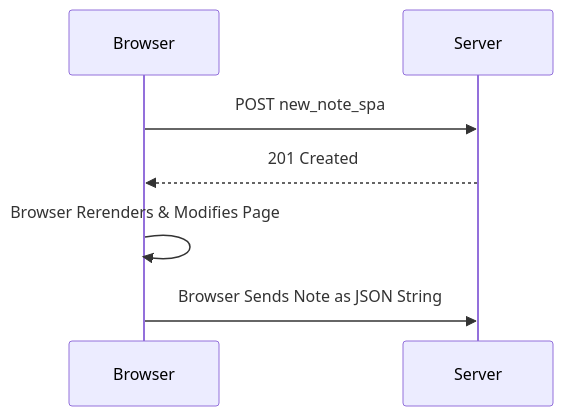
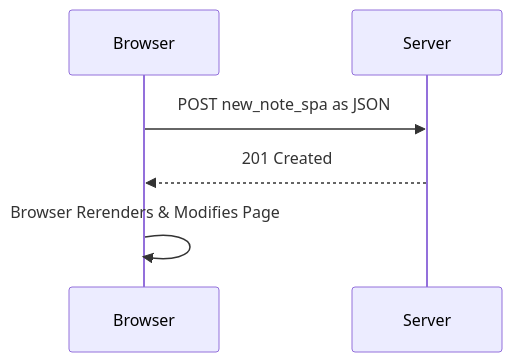
One commit to funkiv/FullStackOpen1 changed the diagram in spaNewNoteAction.md. Above: the diagram before and after it, drawn with Mermaid.

Commit message:
Modify spaNewNoteAction

````diff
--- a/spaNewNoteAction.md
+++ b/spaNewNoteAction.md
@@ -1,10 +1,8 @@
 ```mermaid
 sequenceDiagram
     participant A as Browser
     participant B as Server
-    A->>B: POST new_note_spa
+    A->>B: POST new_note_spa as JSON
     B-->>A: 201 Created
     A->>A: Browser Rerenders & Modifies Page
-    A->>B: Browser Sends Note as JSON String
-
 ```
````
